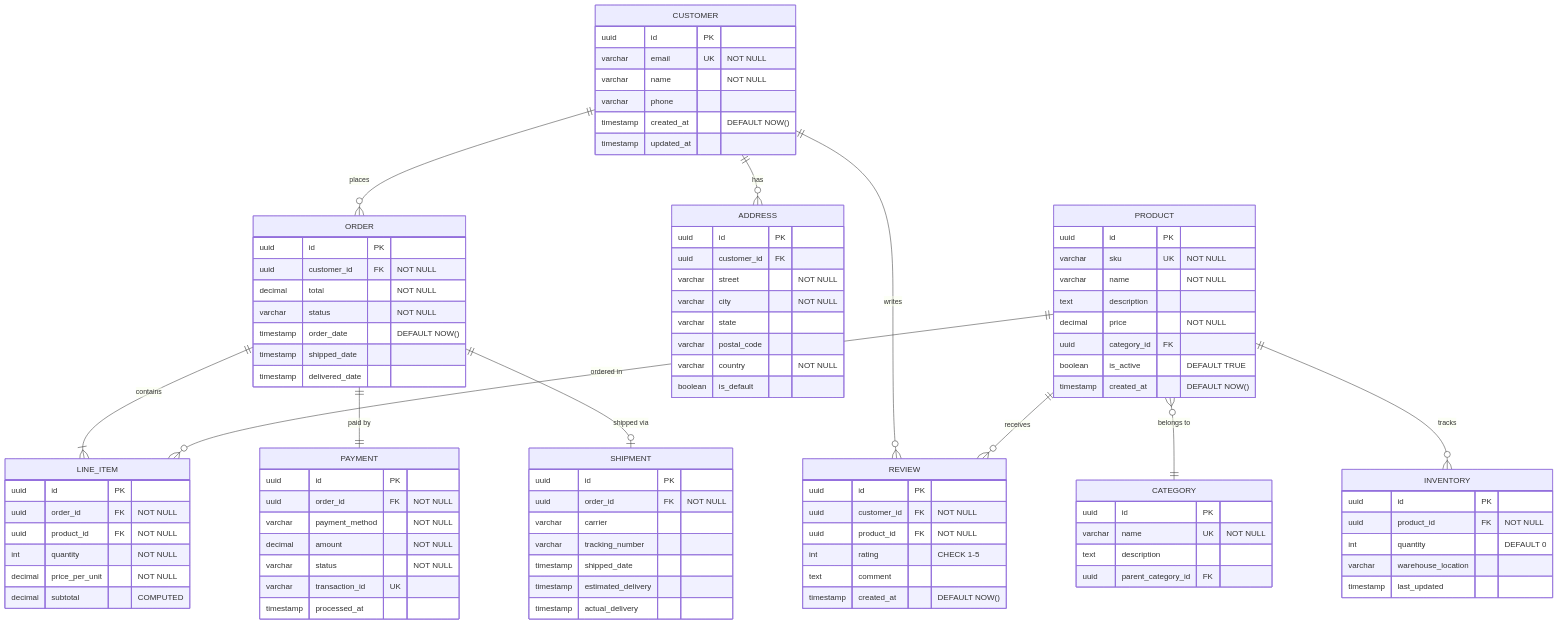
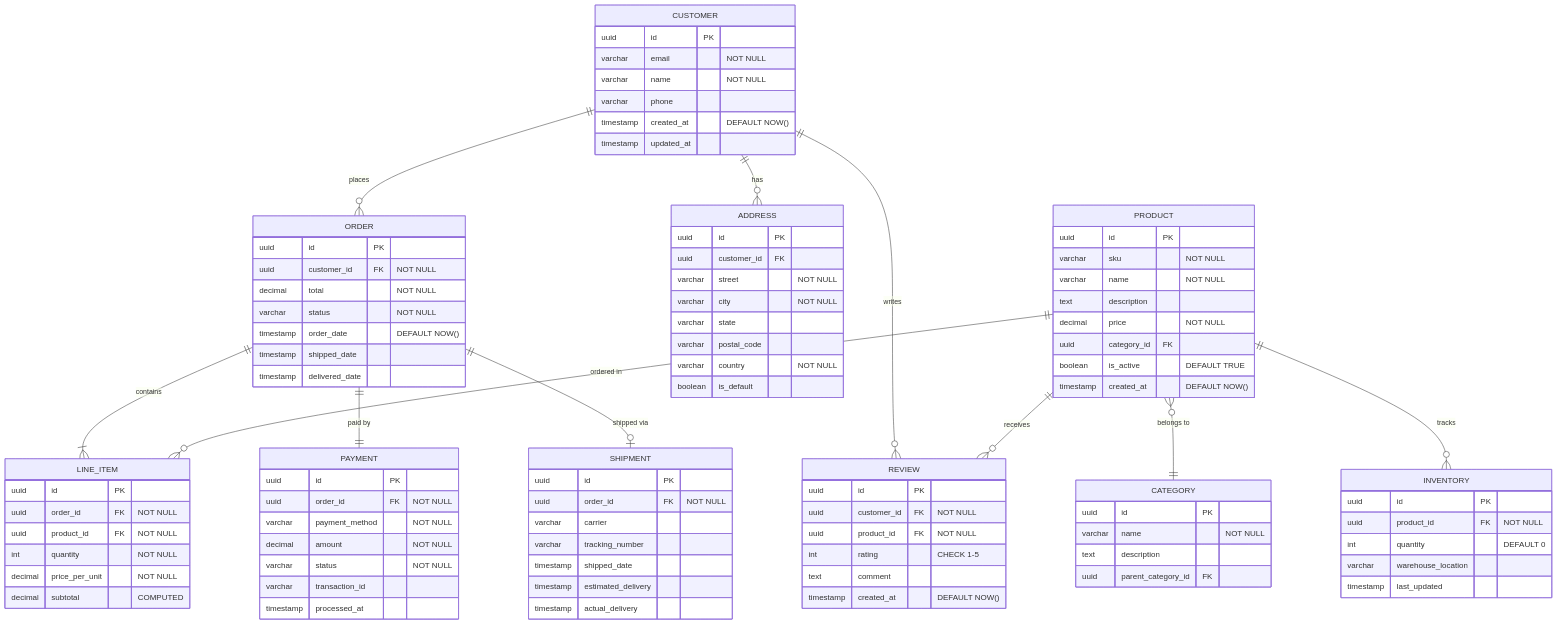
One commit to Aniket-a14/SRA changed the sixth of 13 diagrams in .agent/skills/mermaid-diagrams/references/erd-diagrams.md. Above: the diagram before and after it, drawn with Mermaid. The commit also changed other lines of this file and 18 other files, not shown here.

Commit message:
feat: Implement IEEE 830-1998 SRS generation with AI agents, dynamic settings, and Mermaid diagram support.

```diff
--- a/.agent/skills/mermaid-diagrams/references/erd-diagrams.md
+++ b/.agent/skills/mermaid-diagrams/references/erd-diagrams.md
@@ -112,7 +110,7 @@
     
     CUSTOMER {
         uuid id PK
-        varchar email UK "NOT NULL"
+        varchar email "NOT NULL"
         varchar name "NOT NULL"
         varchar phone
         timestamp created_at "DEFAULT NOW()"
@@ -151,7 +149,7 @@
     
     PRODUCT {
         uuid id PK
-        varchar sku UK "NOT NULL"
+        varchar sku "NOT NULL"
         varchar name "NOT NULL"
         text description
         decimal price "NOT NULL"
@@ -162,7 +160,7 @@
     
     CATEGORY {
         uuid id PK
-        varchar name UK "NOT NULL"
+        varchar name "NOT NULL"
         text description
         uuid parent_category_id FK
     }
@@ -190,7 +188,7 @@
         varchar payment_method "NOT NULL"
         decimal amount "NOT NULL"
         varchar status "NOT NULL"
-        varchar transaction_id UK
+        varchar transaction_id
         timestamp processed_at
     }
     
```
